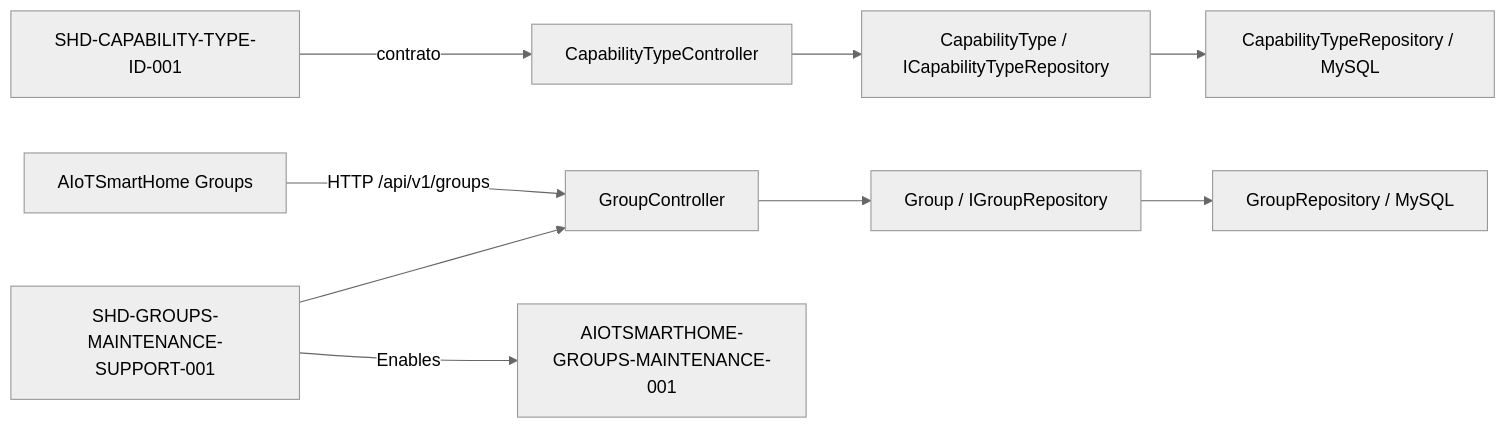
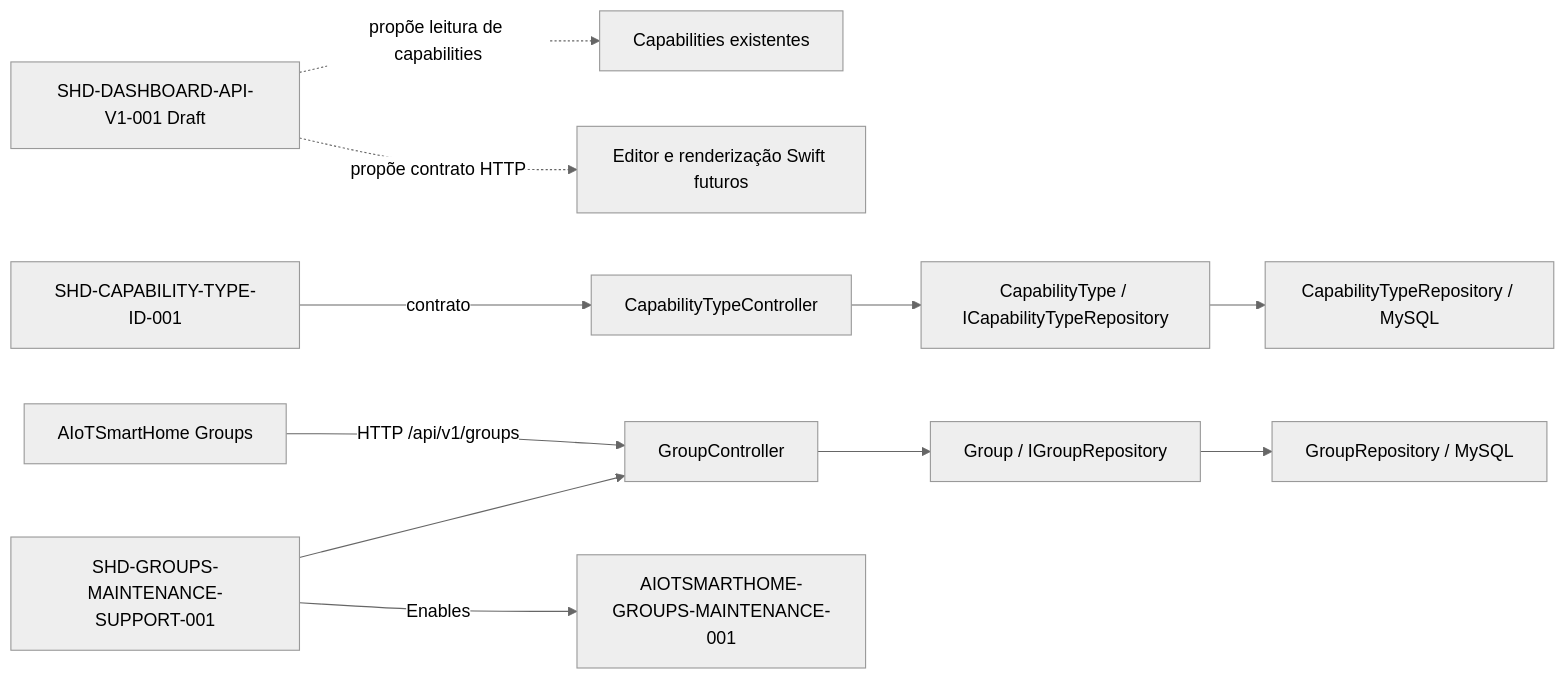
The diagram in docs/rfc/KNOWLEDGE-MAP.md (iotsmartsys/SmartHome-DeviceApi), drawn with Mermaid (neutral theme) before and after one commit. The commit also changed other lines of this file and 2 other files, not shown here.

Commit message:
docs: register Dashboard API v1 EKOM draft

````diff
--- a/docs/rfc/KNOWLEDGE-MAP.md
+++ b/docs/rfc/KNOWLEDGE-MAP.md
@@ -66,11 +68,13 @@
 ```mermaid
 flowchart LR
+    DASHSPEC[SHD-DASHBOARD-API-V1-001 Draft] -.->|propõe leitura de capabilities| DASHCAP[Capabilities existentes]
+    DASHSPEC -.->|propõe contrato HTTP| DASHAPP[Editor e renderização Swift futuros]
     CTSPEC[SHD-CAPABILITY-TYPE-ID-001] -->|contrato| CTAPI[CapabilityTypeController]
     CTAPI --> CTCORE[CapabilityType / ICapabilityTypeRepository]
     CTCORE --> CTDB[CapabilityTypeRepository / MySQL]
     APP[AIoTSmartHome Groups] -->|HTTP /api/v1/groups| API[GroupController]
     SPEC[SHD-GROUPS-MAINTENANCE-SUPPORT-001] --> API
     API --> CORE[Group / IGroupRepository]
     CORE --> DB[GroupRepository / MySQL]
     SPEC -->|Enables| APPSPEC[AIOTSMARTHOME-GROUPS-MAINTENANCE-001]
 ```
````
